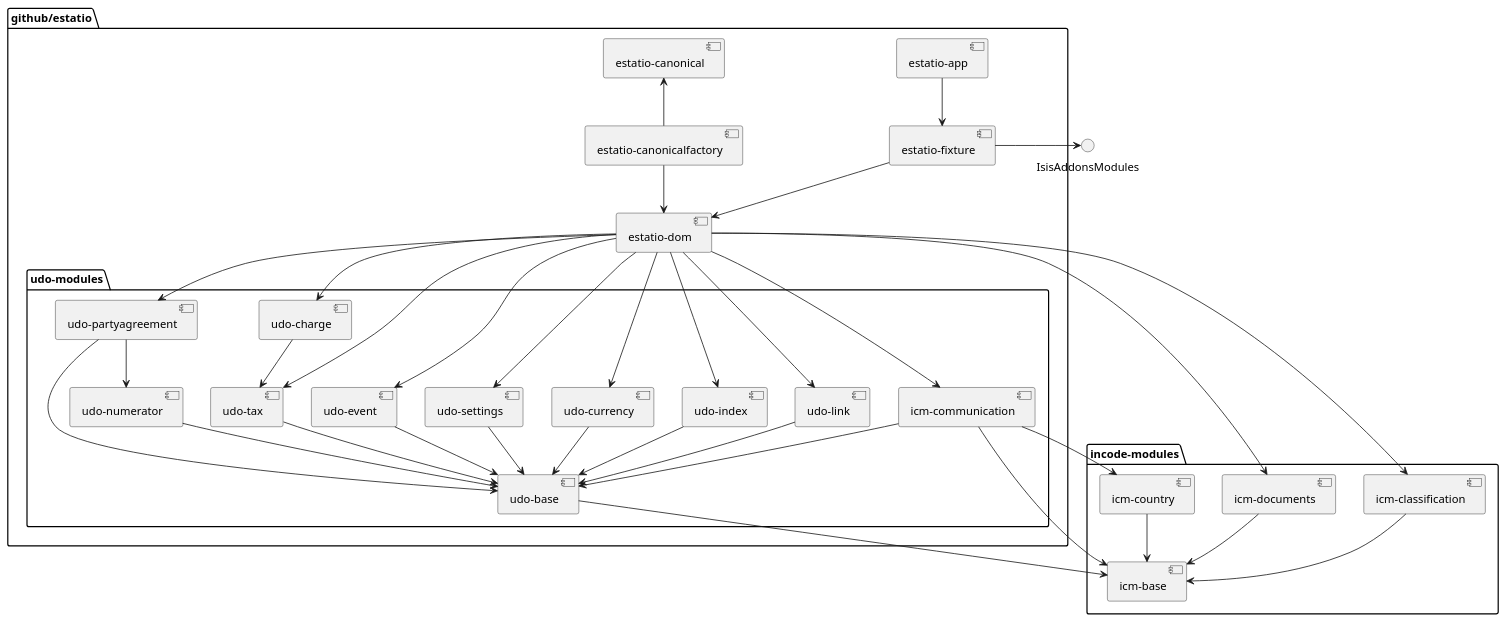
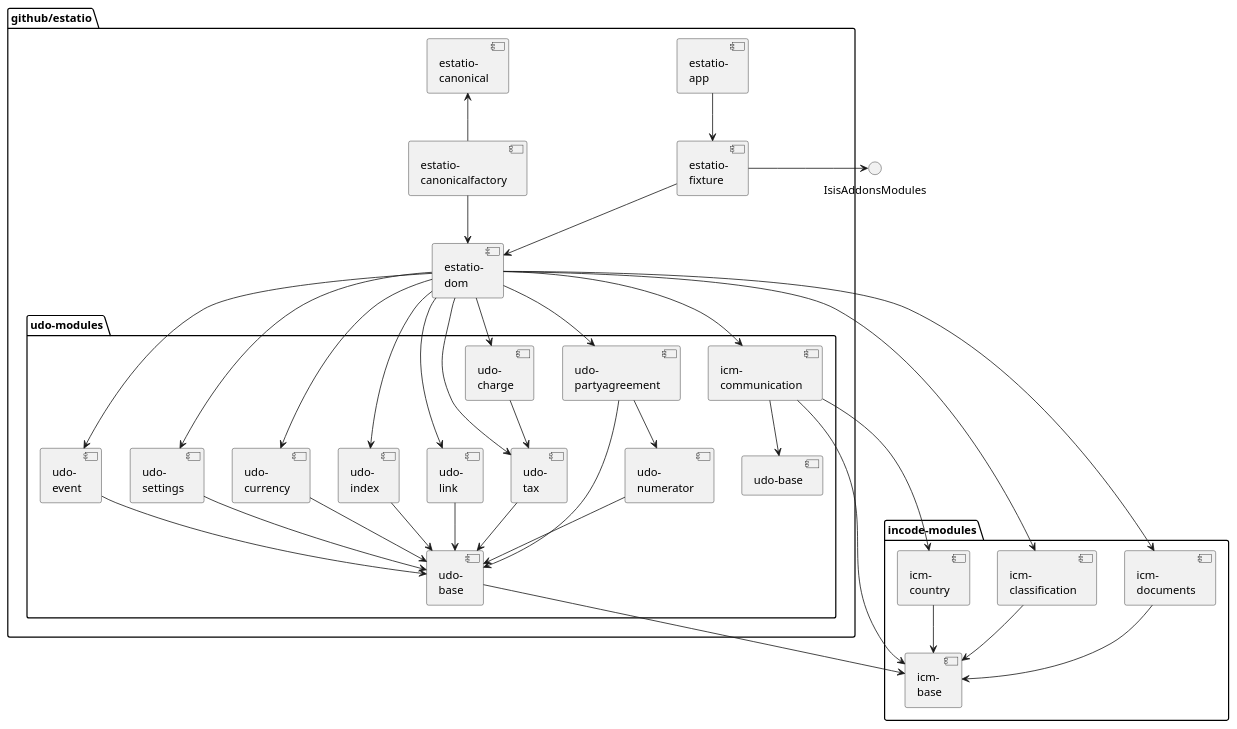
Before and after one commit to incodehq/developers-guide: the second of 3 diagrams in README.adoc, drawn with PlantUML. The commit also changed other lines of this file and 6 other files, not shown here.

Commit message:
updates the developers' guide (component module diagrams, simplified wording in various places)

```diff
--- a/README.adoc
+++ b/README.adoc
@@ -99,69 +103,69 @@
 [plantuml, {_imagesdir}/estatio-and-modules, png]
 ....
 package "github/estatio" {
-    [estatio-app]
-    [estatio-canonicalfactory]
-    [estatio-canonical]
-    [estatio-fixture]
-    [estatio-dom]
+    [estatio-\napp]
+    [estatio-\ncanonicalfactory]
+    [estatio-\ncanonical]
+    [estatio-\nfixture]
+    [estatio-\ndom]
 
-    [estatio-app] --> [estatio-fixture]
-    [estatio-fixture] --> [estatio-dom]
+    [estatio-\napp] --> [estatio-\nfixture]
+    [estatio-\nfixture] --> [estatio-\ndom]
 
-    [estatio-canonicalfactory] -up-> [estatio-canonical]
-    [estatio-canonicalfactory] --> [estatio-dom]
+    [estatio-\ncanonicalfactory] -up-> [estatio-\ncanonical]
+    [estatio-\ncanonicalfactory] --> [estatio-\ndom]
 
     package "udo-modules" {
-        [udo-base]
-        [udo-charge]
+        [udo-\nbase]
+        [udo-\ncharge]
 
-        [udo-charge] --> [udo-tax]
-        [udo-partyagreement] --> [udo-numerator]
+        [udo-\ncharge] --> [udo-\ntax]
+        [udo-\npartyagreement] --> [udo-\nnumerator]
 
-        [icm-communication]
+        [icm-\ncommunication]
 
-        [udo-currency] --> [udo-base]
-        [udo-index] --> [udo-base]
-        [udo-link] --> [udo-base]
-        [udo-numerator] --> [udo-base]
-        [udo-partyagreement] --> [udo-base]
-        [udo-tax] --> [udo-base]
-        [udo-event] --> [udo-base]
-        [udo-settings] --> [udo-base]
+        [udo-\ncurrency] --> [udo-\nbase]
+        [udo-\nindex] --> [udo-\nbase]
+        [udo-\nlink] --> [udo-\nbase]
+        [udo-\nnumerator] --> [udo-\nbase]
+        [udo-\npartyagreement] --> [udo-\nbase]
+        [udo-\ntax] --> [udo-\nbase]
+        [udo-\nevent] --> [udo-\nbase]
+        [udo-\nsettings] --> [udo-\nbase]
 
-        [icm-communication] --> [udo-base]
+        [icm-\ncommunication] --> [udo-base]
     }
 
-    [estatio-dom] --> [udo-charge]
-    [estatio-dom] --> [udo-currency]
-    [estatio-dom] --> [udo-index]
-    [estatio-dom] --> [udo-link]
-    [estatio-dom] --> [udo-partyagreement]
-    [estatio-dom] --> [udo-tax]
-    [estatio-dom] --> [udo-event]
-    [estatio-dom] --> [udo-settings]
-    [estatio-dom] --> [icm-communication]
+    [estatio-\ndom] --> [udo-\ncharge]
+    [estatio-\ndom] --> [udo-\ncurrency]
+    [estatio-\ndom] --> [udo-\nindex]
+    [estatio-\ndom] --> [udo-\nlink]
+    [estatio-\ndom] --> [udo-\npartyagreement]
+    [estatio-\ndom] --> [udo-\ntax]
+    [estatio-\ndom] --> [udo-\nevent]
+    [estatio-\ndom] --> [udo-\nsettings]
+    [estatio-\ndom] --> [icm-\ncommunication]
 
 }
 
 
 package "incode-modules" {
-    [icm-base]
-    [icm-documents] --> [icm-base]
-    [icm-classification] --> [icm-base]
-    [icm-country] --> [icm-base]
+    [icm-\nbase]
+    [icm-\ndocuments] --> [icm-\nbase]
+    [icm-\nclassification] --> [icm-\nbase]
+    [icm-\ncountry] --> [icm-\nbase]
 }
 
 
-[estatio-dom] --> [icm-documents]
-[estatio-dom] --> [icm-classification]
+[estatio-\ndom] --> [icm-\ndocuments]
+[estatio-\ndom] --> [icm-\nclassification]
 
-[udo-base] --> [icm-base]
+[udo-\nbase] --> [icm-\nbase]
 
 
-[icm-communication] --> [icm-country]
-[icm-communication] --> [icm-base]
+[icm-\ncommunication] --> [icm-\ncountry]
+[icm-\ncommunication] --> [icm-\nbase]
 
 
-[estatio-fixture] -right-> IsisAddonsModules
+[estatio-\nfixture] -right-> IsisAddonsModules
 ....
```
